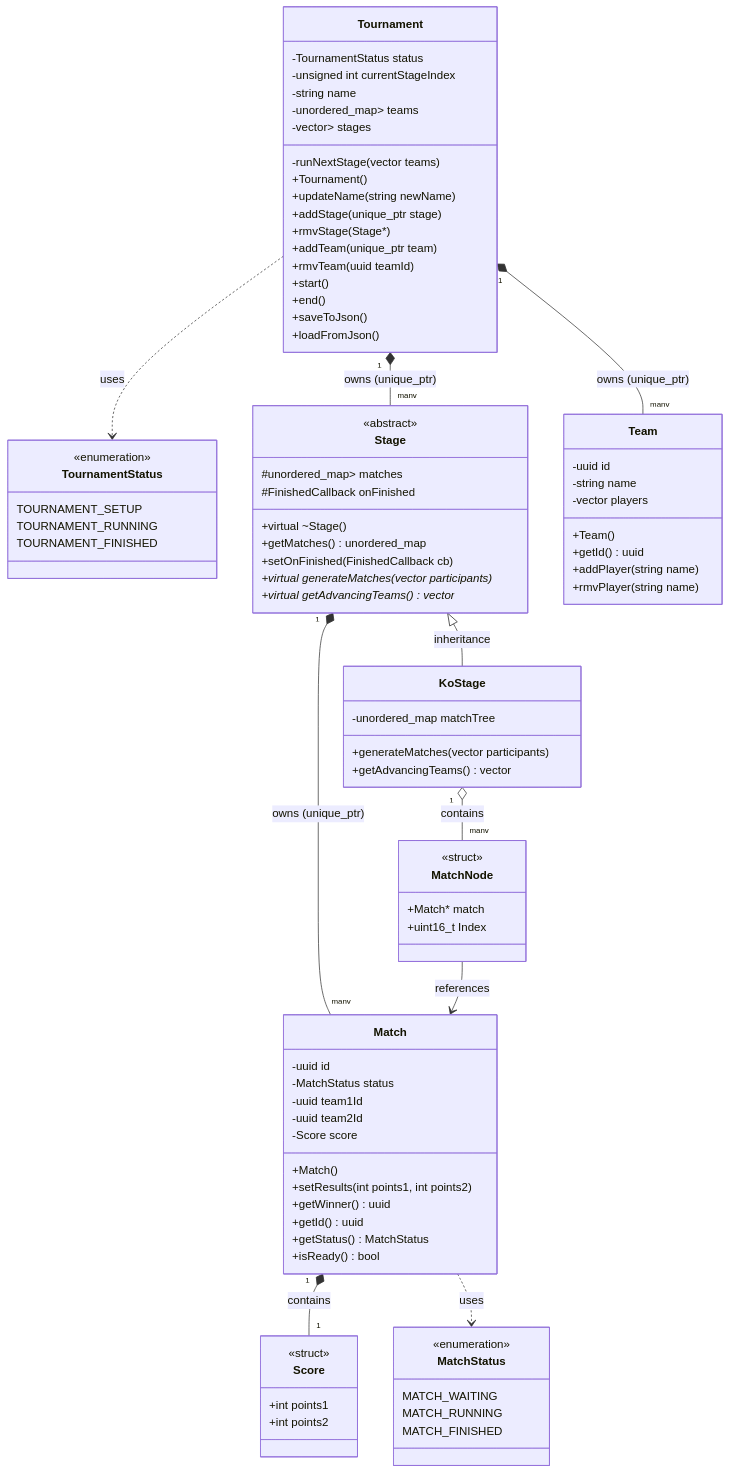
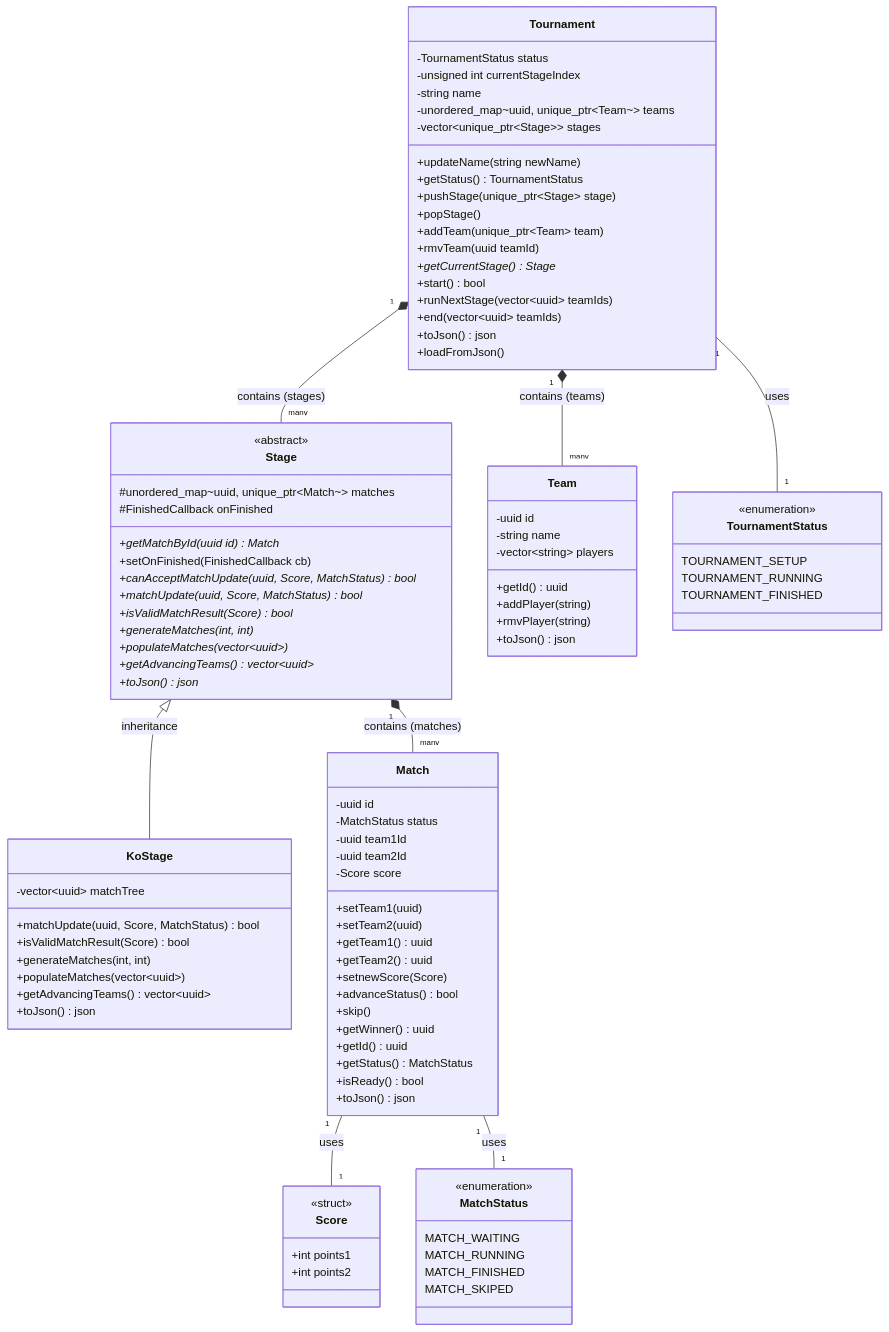
Before and after one commit to Schokoladenhai/dhbw-turnierplaner: the diagram in docs/mermaid/tournament-classes.md, drawn with Mermaid.

Commit message:
docs(docs) update klassen diagram

````diff
--- a/docs/mermaid/tournament-classes.md
+++ b/docs/mermaid/tournament-classes.md
@@ -1,8 +1,86 @@
 ```mermaid
 classDiagram
-    direction TB
+    class Tournament {
+        -TournamentStatus status
+        -unsigned int currentStageIndex
+        -string name
+        -unordered_map~uuid, unique_ptr~Team~~ teams
+        -vector~unique_ptr~Stage~~ stages
+        +updateName(string newName)
+        +getStatus() TournamentStatus
+        +pushStage(unique_ptr~Stage~ stage)
+        +popStage()
+        +addTeam(unique_ptr~Team~ team)
+        +rmvTeam(uuid teamId)
+        +getCurrentStage() Stage*
+        +start() bool
+        +runNextStage(vector~uuid~ teamIds)
+        +end(vector~uuid~ teamIds)
+        +toJson() json
+        +loadFromJson()
+    }
 
-    %% Enums and Structs
+    class Stage {
+        <<abstract>>
+        #unordered_map~uuid, unique_ptr~Match~~ matches
+        #FinishedCallback onFinished
+        +getMatchById(uuid id) Match*
+        +setOnFinished(FinishedCallback cb)
+        +canAcceptMatchUpdate(uuid, Score, MatchStatus) bool*
+        +matchUpdate(uuid, Score, MatchStatus) bool*
+        +isValidMatchResult(Score) bool*
+        +generateMatches(int, int)*
+        +populateMatches(vector~uuid~)*
+        +getAdvancingTeams() vector~uuid~*
+        +toJson() json*
+    }
+
+    class KoStage {
+        -vector~uuid~ matchTree
+        +matchUpdate(uuid, Score, MatchStatus) bool
+        +isValidMatchResult(Score) bool
+        +generateMatches(int, int)
+        +populateMatches(vector~uuid~)
+        +getAdvancingTeams() vector~uuid~
+        +toJson() json
+    }
+
+    class Match {
+        -uuid id
+        -MatchStatus status
+        -uuid team1Id
+        -uuid team2Id
+        -Score score
+        +setTeam1(uuid)
+        +setTeam2(uuid)
+        +getTeam1() uuid
+        +getTeam2() uuid
+        +setnewScore(Score)
+        +advanceStatus() bool
+        +skip()
+        +getWinner() uuid
+        +getId() uuid
+        +getStatus() MatchStatus
+        +isReady() bool
+        +toJson() json
+    }
+
+    class Team {
+        -uuid id
+        -string name
+        -vector~string~ players
+        +getId() uuid
+        +addPlayer(string)
+        +rmvPlayer(string)
+        +toJson() json
+    }
+
+    class Score {
+        <<struct>>
+        +int points1
+        +int points2
+    }
+
     class TournamentStatus {
         <<enumeration>>
         TOURNAMENT_SETUP
@@ -15,92 +93,15 @@
         MATCH_WAITING
         MATCH_RUNNING
         MATCH_FINISHED
-    }
-
-    class Score {
-        <<struct>>
-        +int points1
-        +int points2
-    }
-
-    class MatchNode {
-        <<struct>>
-        +Match* match
-        +uint16_t Index
-    }
-
-    %% Main Classes
-    class Tournament {
-        -TournamentStatus status
-        -unsigned int currentStageIndex
-        -string name
-        -unordered_map<uuid, unique_ptr<Team>> teams
-        -vector<unique_ptr<Stage>> stages
-        -runNextStage(vector<Team*> teams)
-        +Tournament()
-        +updateName(string newName)
-        +addStage(unique_ptr<Stage> stage)
-        +rmvStage(Stage*)
-        +addTeam(unique_ptr<Team> team)
-        +rmvTeam(uuid teamId)
-        +start()
-        +end()
-        +saveToJson()
-        +loadFromJson()
-    }
-
-    class Stage {
-        <<abstract>>
-        #unordered_map<uuid, unique_ptr<Match>> matches
-        #FinishedCallback onFinished
-        +virtual ~Stage()
-        +getMatches() unordered_map
-        +setOnFinished(FinishedCallback cb)
-        +virtual generateMatches(vector<uuid> participants)*
-        +virtual getAdvancingTeams()* vector<uuid>
-    }
-
-    class KoStage {
-        -unordered_map<uuid, MatchNode> matchTree
-        +generateMatches(vector<uuid> participants)
-        +getAdvancingTeams() vector<uuid>
-    }
-
-    class Match {
-        -uuid id
-        -MatchStatus status
-        -uuid team1Id
-        -uuid team2Id
-        -Score score
-        +Match()
-        +setResults(int points1, int points2)
-        +getWinner() uuid
-        +getId() uuid
-        +getStatus() MatchStatus
-        +isReady() bool
-    }
-
-    class Team {
-        -uuid id
-        -string name
-        -vector<string> players
-        +Team()
-        +getId() uuid
-        +addPlayer(string name)
-        +rmvPlayer(string name)
+        MATCH_SKIPED
     }
 
     %% Relationships
-    Tournament "1" *-- "many" Stage : owns (unique_ptr)
-    Tournament "1" *-- "many" Team : owns (unique_ptr)
-    Tournament ..> TournamentStatus : uses
-
-    Stage "1" *-- "many" Match : owns (unique_ptr)
     Stage <|-- KoStage : inheritance
-
-    KoStage "1" o-- "many" MatchNode : contains
-    MatchNode --> Match : references
-
-    Match "1" *-- "1" Score : contains
-    Match ..> MatchStatus : uses
+    Tournament "1" *-- "many" Stage : contains (stages)
+    Tournament "1" *-- "many" Team : contains (teams)
+    Stage "1" *-- "many" Match : contains (matches)
+    Match "1" -- "1" Score : uses
+    Match "1" -- "1" MatchStatus : uses
+    Tournament "1" -- "1" TournamentStatus : uses
    ```
````
